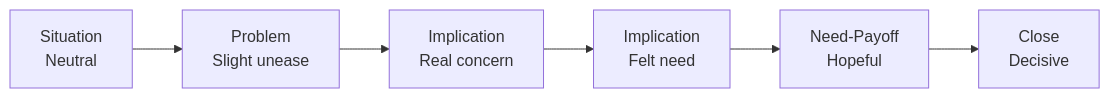
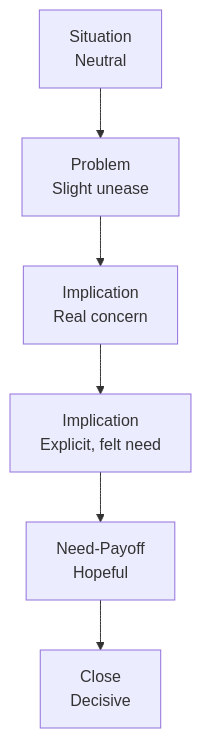
One commit to leotansingapore/aia-product-compass-hub changed the first of 2 diagrams in docs/first-60-days/week-9/day-49.md. Above: the diagram before and after it, drawn with Mermaid. The commit also changed other lines of this file and 56 other files, not shown here.

Commit message:
Readability pass across first-60-days: styled HTML to tables/diagrams, cleaner formatting, no leaked metadata

````diff
--- a/docs/first-60-days/week-9/day-49.md
+++ b/docs/first-60-days/week-9/day-49.md
@@ -55,8 +37,8 @@
 ```mermaid
-flowchart LR
+flowchart TD
     A["Situation<br/>Neutral"] --> B["Problem<br/>Slight unease"]
     B --> C["Implication<br/>Real concern"]
-    C --> D["Implication<br/>Felt need"]
+    C --> D["Implication<br/>Explicit, felt need"]
     D --> E["Need-Payoff<br/>Hopeful"]
     E --> F["Close<br/>Decisive"]
 ```
````
